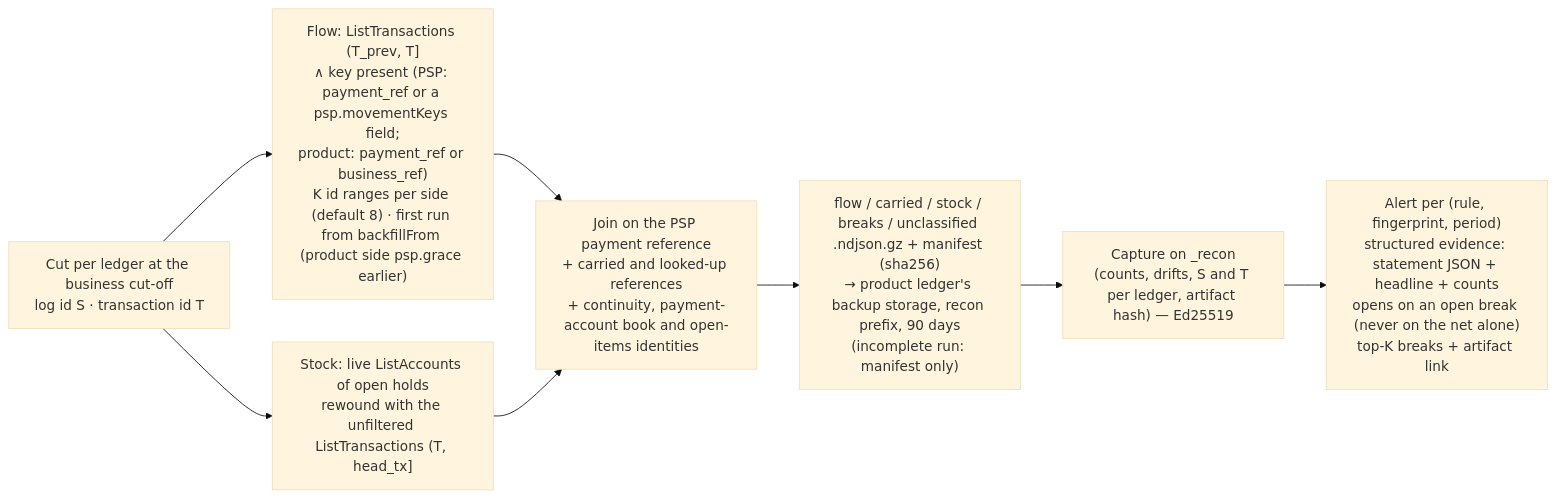
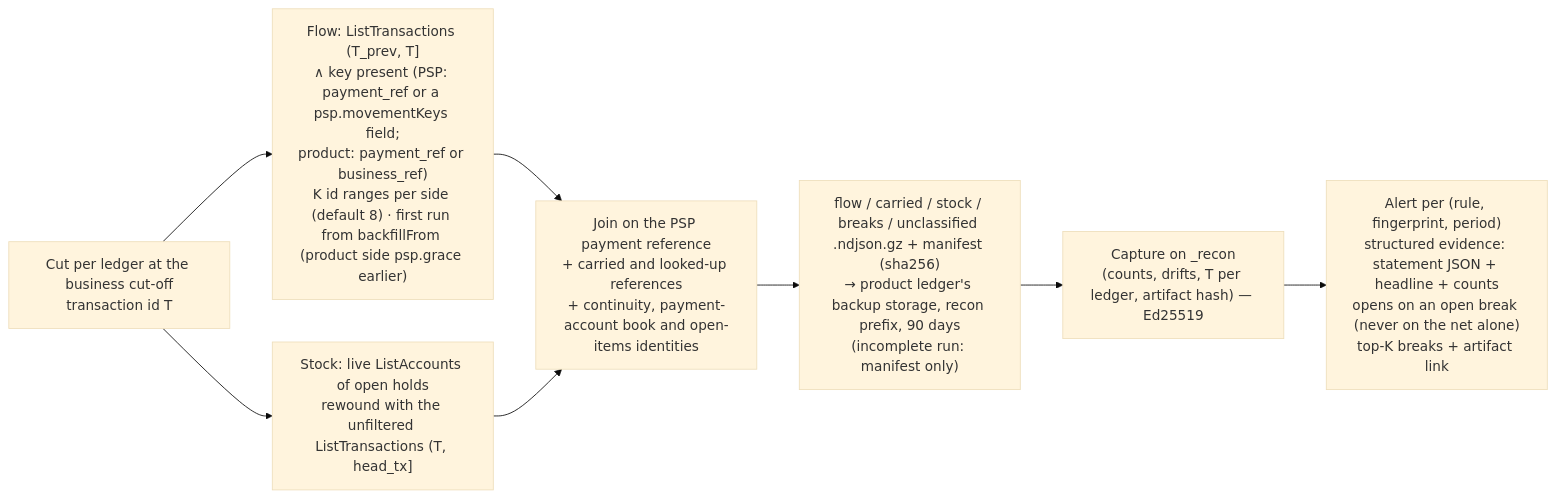
One commit to formancehq/reconciliation changed the ninth of 9 diagrams in docs/technical/workflows.md. Above: the diagram before and after it, drawn with Mermaid (base theme). The commit also changed other lines of this file and 23 other files, not shown here.

First line of the commit message:
docs(recon): make the cut one transaction id per ledger, with no log-id cut

````diff
--- a/docs/technical/workflows.md
+++ b/docs/technical/workflows.md
@@ -326,10 +326,10 @@
 ```mermaid
 flowchart LR
-    Cut["Cut per ledger at the business cut-off<br/>log id S · transaction id T"] --> Flow["Flow: ListTransactions (T_prev, T]<br/>∧ key present (PSP: payment_ref or a psp.movementKeys field;<br/>product: payment_ref or business_ref)<br/>K id ranges per side (default 8) · first run from backfillFrom (product side psp.grace earlier)"]
+    Cut["Cut per ledger at the business cut-off<br/>transaction id T"] --> Flow["Flow: ListTransactions (T_prev, T]<br/>∧ key present (PSP: payment_ref or a psp.movementKeys field;<br/>product: payment_ref or business_ref)<br/>K id ranges per side (default 8) · first run from backfillFrom (product side psp.grace earlier)"]
     Cut --> Stock["Stock: live ListAccounts of open holds<br/>rewound with the unfiltered ListTransactions (T, head_tx]"]
     Flow --> Join["Join on the PSP payment reference<br/>+ carried and looked-up references<br/>+ continuity, payment-account book and open-items identities"]
     Stock --> Join
     Join --> Art["flow / carried / stock / breaks / unclassified .ndjson.gz + manifest (sha256)<br/>→ product ledger's backup storage, recon prefix, 90 days<br/>(incomplete run: manifest only)"]
-    Art --> Cap["Capture on _recon<br/>(counts, drifts, S and T per ledger, artifact hash) — Ed25519"]
+    Art --> Cap["Capture on _recon<br/>(counts, drifts, T per ledger, artifact hash) — Ed25519"]
     Cap --> Alert["Alert per (rule, fingerprint, period)<br/>structured evidence: statement JSON + headline + counts<br/>opens on an open break (never on the net alone)<br/>top-K breaks + artifact link"]
 ```
````
